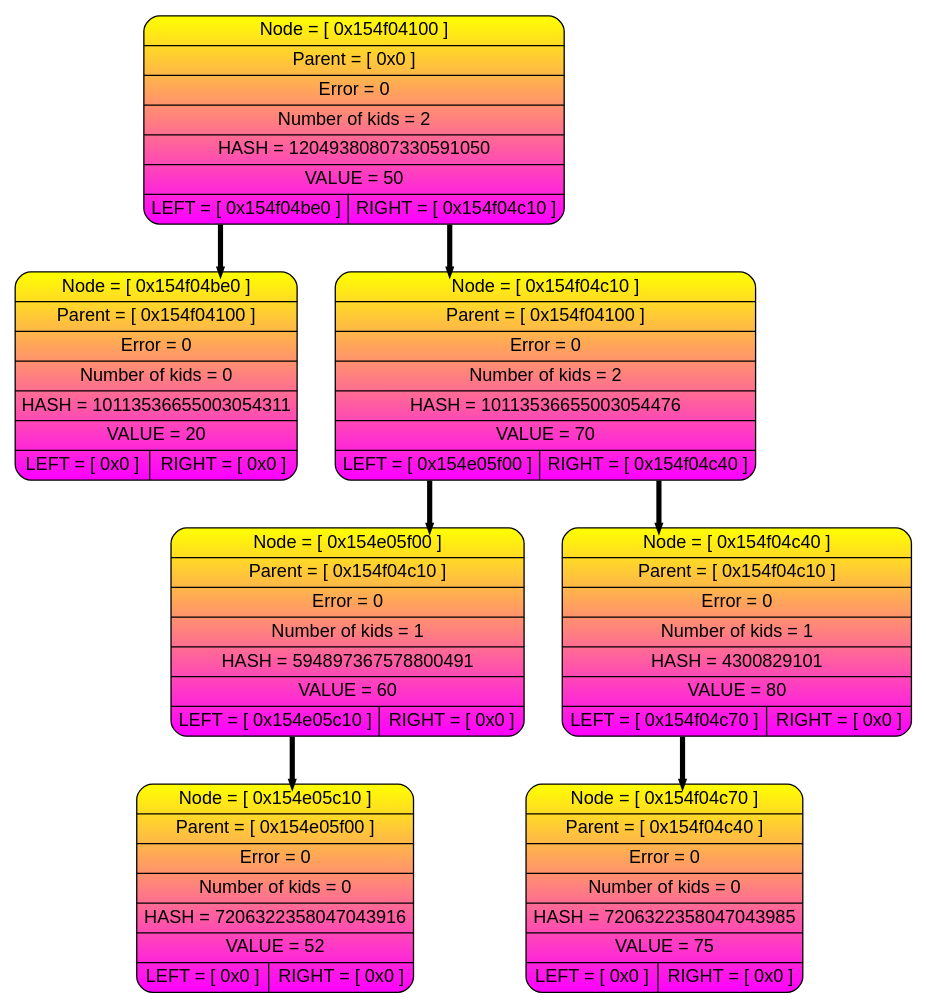
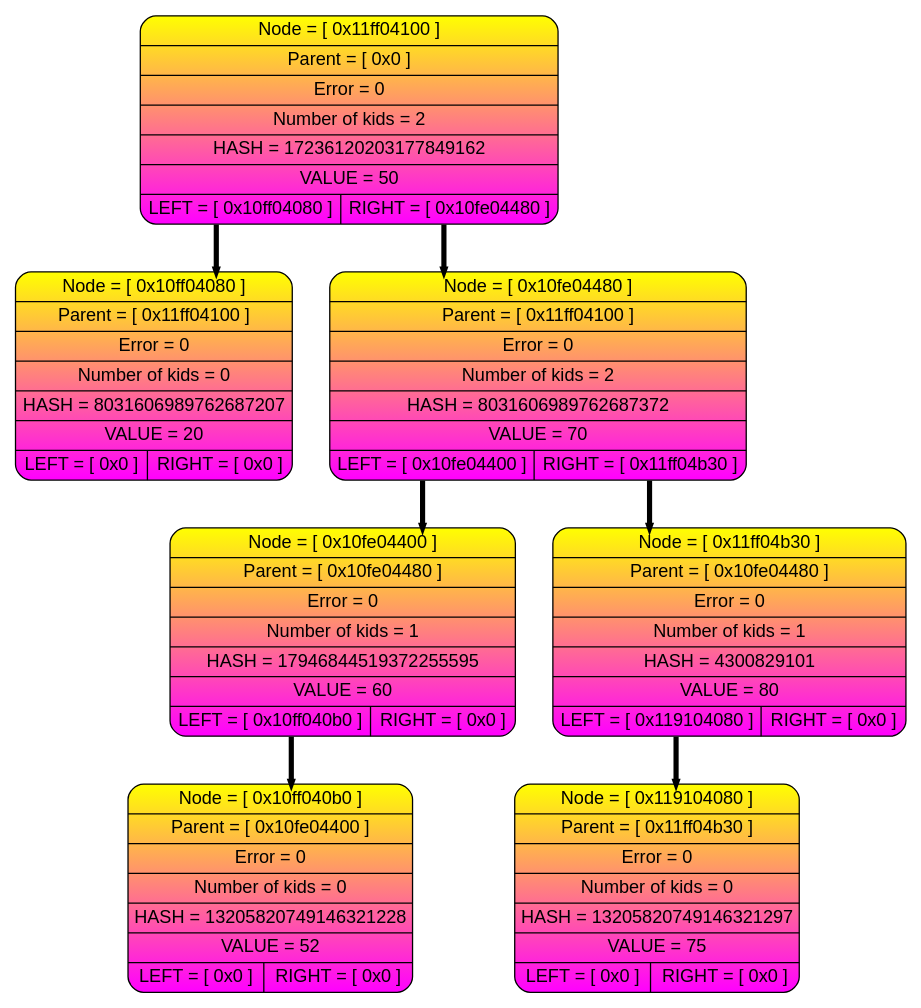
The diagram in Dump-source/dump.dot (livlavr/Akinator), drawn with Graphviz before and after one commit. The commit also changed 16 other files, not shown here.

```diff
--- a/Dump-source/dump.dot
+++ b/Dump-source/dump.dot
@@ -1,20 +1,20 @@
 digraph tree{
 splines=ortho;
 rankdir=HR;
 nodesep=0.4;
 node [shape=record, fontname="Arial"];
 edge [style=bold, color="black", weight=10, penwidth=4, arrowsize=0.2];
-P0x154f04100 [style = "filled, rounded", fillcolor="yellow:magenta" gradientangle=270,label=" {Node = [ 0x154f04100 ] | Parent = [ 0x0 ] | Error = 0 | Number of kids = 2 | HASH = 12049380807330591050 | VALUE = 50 | { <l> LEFT = [ 0x154f04be0 ] | <r> RIGHT = [ 0x154f04c10 ]}}" ];
-P0x154f04be0 [style = "filled, rounded", fillcolor="yellow:magenta" gradientangle=270,label=" {Node = [ 0x154f04be0 ] | Parent = [ 0x154f04100 ] | Error = 0 | Number of kids = 0 | HASH = 10113536655003054311 | VALUE = 20 | { <l> LEFT = [ 0x0 ] | <r> RIGHT = [ 0x0 ]}}" ];
-P0x154f04c10 [style = "filled, rounded", fillcolor="yellow:magenta" gradientangle=270,label=" {Node = [ 0x154f04c10 ] | Parent = [ 0x154f04100 ] | Error = 0 | Number of kids = 2 | HASH = 10113536655003054476 | VALUE = 70 | { <l> LEFT = [ 0x154e05f00 ] | <r> RIGHT = [ 0x154f04c40 ]}}" ];
-P0x154e05f00 [style = "filled, rounded", fillcolor="yellow:magenta" gradientangle=270,label=" {Node = [ 0x154e05f00 ] | Parent = [ 0x154f04c10 ] | Error = 0 | Number of kids = 1 | HASH = 594897367578800491 | VALUE = 60 | { <l> LEFT = [ 0x154e05c10 ] | <r> RIGHT = [ 0x0 ]}}" ];
-P0x154e05c10 [style = "filled, rounded", fillcolor="yellow:magenta" gradientangle=270,label=" {Node = [ 0x154e05c10 ] | Parent = [ 0x154e05f00 ] | Error = 0 | Number of kids = 0 | HASH = 7206322358047043916 | VALUE = 52 | { <l> LEFT = [ 0x0 ] | <r> RIGHT = [ 0x0 ]}}" ];
-P0x154e05f00:<l> -> P0x154e05c10
-P0x154f04c40 [style = "filled, rounded", fillcolor="yellow:magenta" gradientangle=270,label=" {Node = [ 0x154f04c40 ] | Parent = [ 0x154f04c10 ] | Error = 0 | Number of kids = 1 | HASH = 4300829101 | VALUE = 80 | { <l> LEFT = [ 0x154f04c70 ] | <r> RIGHT = [ 0x0 ]}}" ];
-P0x154f04c70 [style = "filled, rounded", fillcolor="yellow:magenta" gradientangle=270,label=" {Node = [ 0x154f04c70 ] | Parent = [ 0x154f04c40 ] | Error = 0 | Number of kids = 0 | HASH = 7206322358047043985 | VALUE = 75 | { <l> LEFT = [ 0x0 ] | <r> RIGHT = [ 0x0 ]}}" ];
-P0x154f04c40:<l> -> P0x154f04c70
-P0x154f04c10:<l> -> P0x154e05f00
-P0x154f04c10:<r> -> P0x154f04c40
-P0x154f04100:<l> -> P0x154f04be0
-P0x154f04100:<r> -> P0x154f04c10
+P0x11ff04100 [style = "filled, rounded", fillcolor="yellow:magenta" gradientangle=270,label=" {Node = [ 0x11ff04100 ] | Parent = [ 0x0 ] | Error = 0 | Number of kids = 2 | HASH = 17236120203177849162 | VALUE = 50 | { <l> LEFT = [ 0x10ff04080 ] | <r> RIGHT = [ 0x10fe04480 ]}}" ];
+P0x10ff04080 [style = "filled, rounded", fillcolor="yellow:magenta" gradientangle=270,label=" {Node = [ 0x10ff04080 ] | Parent = [ 0x11ff04100 ] | Error = 0 | Number of kids = 0 | HASH = 8031606989762687207 | VALUE = 20 | { <l> LEFT = [ 0x0 ] | <r> RIGHT = [ 0x0 ]}}" ];
+P0x10fe04480 [style = "filled, rounded", fillcolor="yellow:magenta" gradientangle=270,label=" {Node = [ 0x10fe04480 ] | Parent = [ 0x11ff04100 ] | Error = 0 | Number of kids = 2 | HASH = 8031606989762687372 | VALUE = 70 | { <l> LEFT = [ 0x10fe04400 ] | <r> RIGHT = [ 0x11ff04b30 ]}}" ];
+P0x10fe04400 [style = "filled, rounded", fillcolor="yellow:magenta" gradientangle=270,label=" {Node = [ 0x10fe04400 ] | Parent = [ 0x10fe04480 ] | Error = 0 | Number of kids = 1 | HASH = 17946844519372255595 | VALUE = 60 | { <l> LEFT = [ 0x10ff040b0 ] | <r> RIGHT = [ 0x0 ]}}" ];
+P0x10ff040b0 [style = "filled, rounded", fillcolor="yellow:magenta" gradientangle=270,label=" {Node = [ 0x10ff040b0 ] | Parent = [ 0x10fe04400 ] | Error = 0 | Number of kids = 0 | HASH = 13205820749146321228 | VALUE = 52 | { <l> LEFT = [ 0x0 ] | <r> RIGHT = [ 0x0 ]}}" ];
+P0x10fe04400:<l> -> P0x10ff040b0
+P0x11ff04b30 [style = "filled, rounded", fillcolor="yellow:magenta" gradientangle=270,label=" {Node = [ 0x11ff04b30 ] | Parent = [ 0x10fe04480 ] | Error = 0 | Number of kids = 1 | HASH = 4300829101 | VALUE = 80 | { <l> LEFT = [ 0x119104080 ] | <r> RIGHT = [ 0x0 ]}}" ];
+P0x119104080 [style = "filled, rounded", fillcolor="yellow:magenta" gradientangle=270,label=" {Node = [ 0x119104080 ] | Parent = [ 0x11ff04b30 ] | Error = 0 | Number of kids = 0 | HASH = 13205820749146321297 | VALUE = 75 | { <l> LEFT = [ 0x0 ] | <r> RIGHT = [ 0x0 ]}}" ];
+P0x11ff04b30:<l> -> P0x119104080
+P0x10fe04480:<l> -> P0x10fe04400
+P0x10fe04480:<r> -> P0x11ff04b30
+P0x11ff04100:<l> -> P0x10ff04080
+P0x11ff04100:<r> -> P0x10fe04480
 }
```
